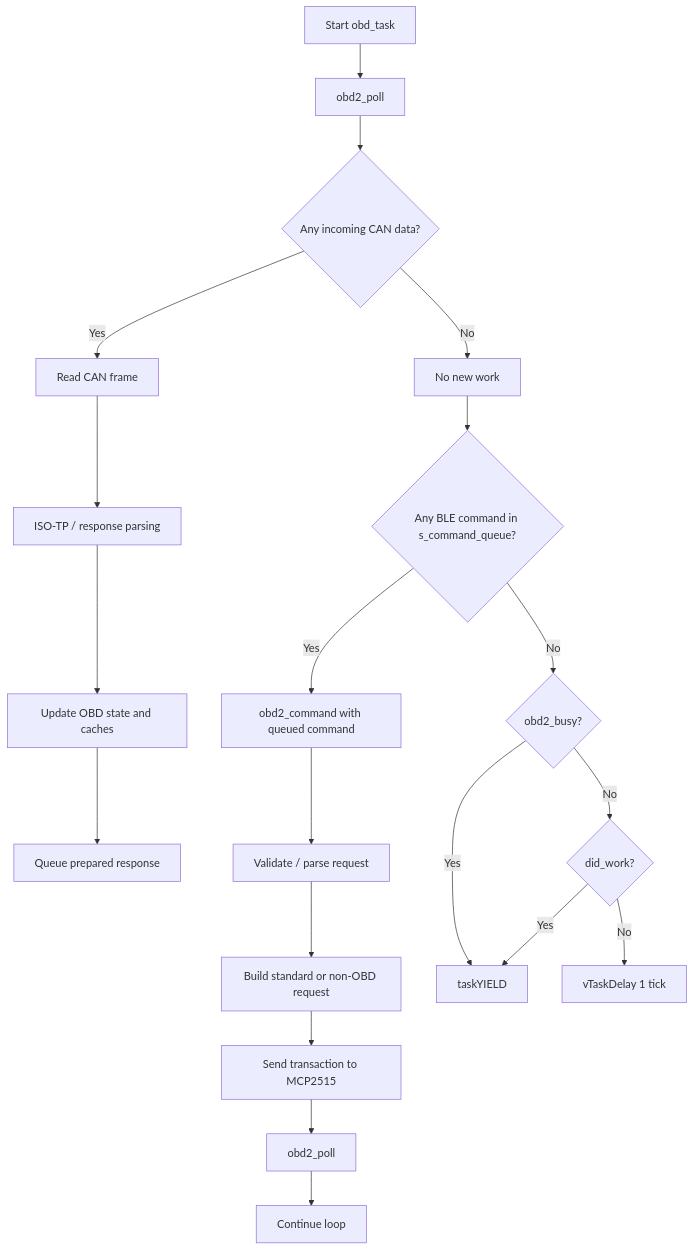
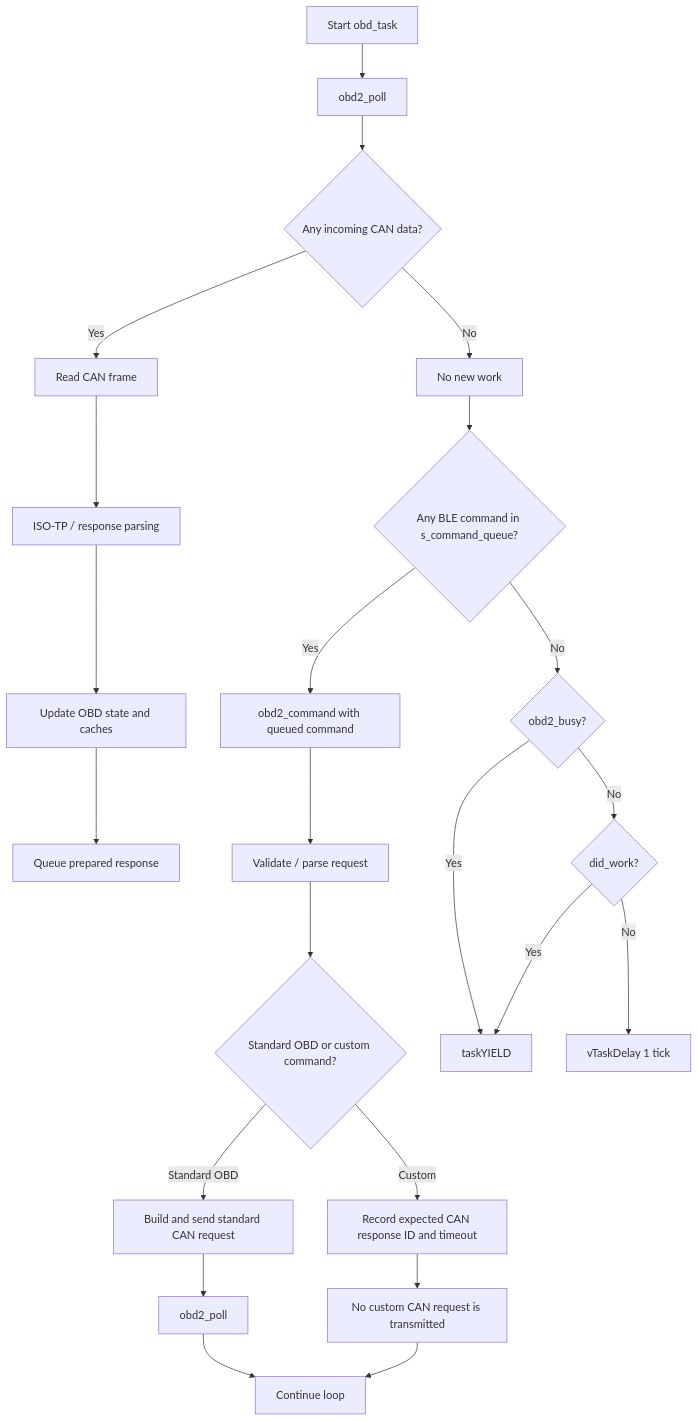
Before and after one commit to ASTI-ITS/ITS-test: the third of 7 diagrams in OBD_BLE_FreeRTOS_C/flowchart.md, drawn with Mermaid. The commit also changed other lines of this file, not shown here.

Commit message:
updated flowchart_included non OBD process

````diff
--- a/OBD_BLE_FreeRTOS_C/flowchart.md
+++ b/OBD_BLE_FreeRTOS_C/flowchart.md
@@ -62,22 +59,25 @@
 ```mermaid
 graph TD
     A[Start obd_task] --> B[obd2_poll]
     B --> C{Any incoming CAN data?}
     C -- Yes --> D[Read CAN frame]
     D --> E[ISO-TP / response parsing]
     E --> F[Update OBD state and caches]
     F --> G[Queue prepared response]
     C -- No --> H[No new work]
     H --> I{Any BLE command in s_command_queue?}
     I -- Yes --> J[obd2_command with queued command]
     J --> K[Validate / parse request]
-    K --> L[Build standard or non-OBD request]
-    L --> M[Send transaction to MCP2515]
+    K --> L{Standard OBD or custom command?}
+    L -- Standard OBD --> M[Build and send standard CAN request]
     M --> N[obd2_poll]
     N --> O[Continue loop]
+    L -- Custom --> AA[Record expected CAN response ID and timeout]
+    AA --> AB[No custom CAN request is transmitted]
+    AB --> O
     I -- No --> P{obd2_busy?}
     P -- Yes --> Q[taskYIELD]
     P -- No --> R{did_work?}
     R -- No --> S[vTaskDelay 1 tick]
     R -- Yes --> Q
 ```
````
